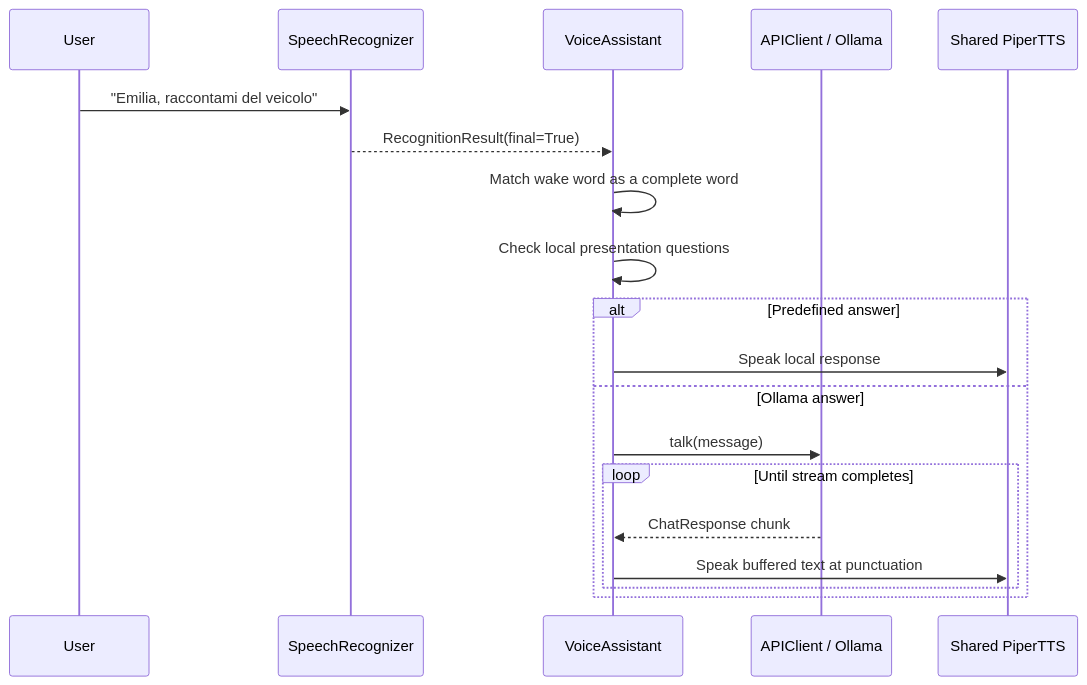
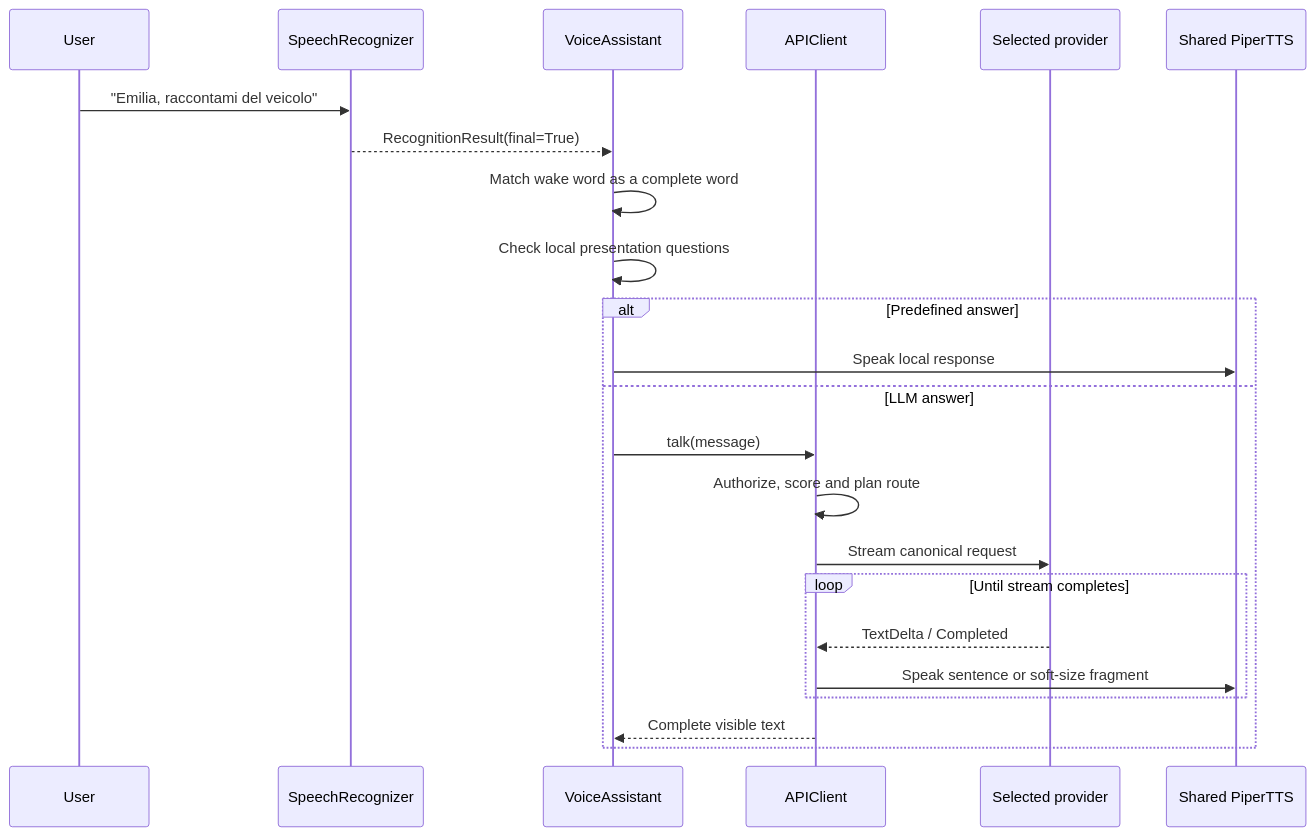
Before and after one commit to UbiquitousDynamics/helios-ai-jetson-framework: the fifth of 6 diagrams in README.md, drawn with Mermaid. The commit also changed other lines of this file and 15 other files, not shown here.

````diff
--- a/README.md
+++ b/README.md
@@ -275,22 +465,26 @@
 ```mermaid
 sequenceDiagram
     participant User
     participant STT as SpeechRecognizer
     participant VA as VoiceAssistant
-    participant O as APIClient / Ollama
+    participant A as APIClient
+    participant P as Selected provider
     participant TTS as Shared PiperTTS
 
     User->>STT: "Emilia, raccontami del veicolo"
     STT-->>VA: RecognitionResult(final=True)
     VA->>VA: Match wake word as a complete word
     VA->>VA: Check local presentation questions
     alt Predefined answer
         VA->>TTS: Speak local response
-    else Ollama answer
-        VA->>O: talk(message)
+    else LLM answer
+        VA->>A: talk(message)
+        A->>A: Authorize, score and plan route
+        A->>P: Stream canonical request
         loop Until stream completes
-            O-->>VA: ChatResponse chunk
-            VA->>TTS: Speak buffered text at punctuation
+            P-->>A: TextDelta / Completed
+            A->>TTS: Speak sentence or soft-size fragment
         end
+        A-->>VA: Complete visible text
     end
 ```
````
